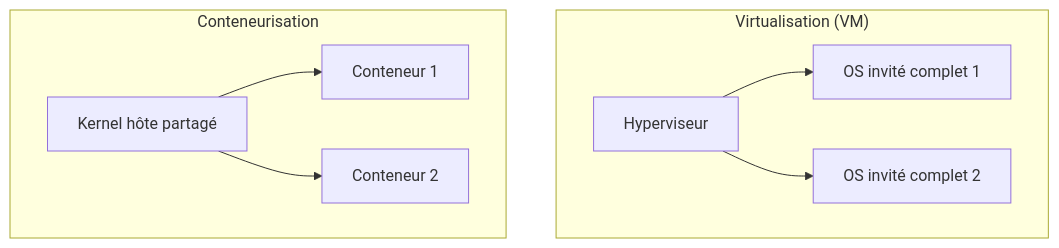
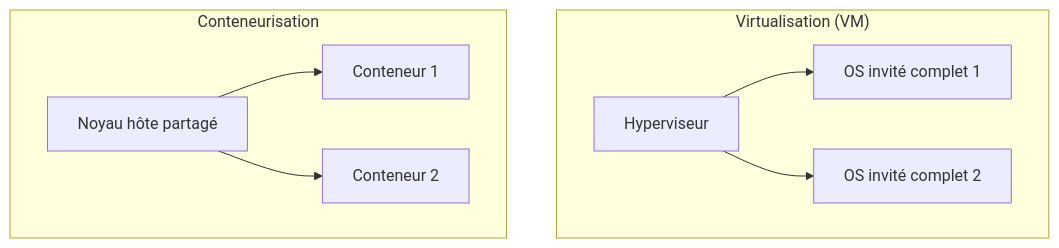
The diagram in content/courses/administration-si/04-virtualisation-conteneurs.md (AureDulvresse/nyx), drawn with Mermaid before and after one commit. The commit also changed other lines of this file and 167 other files, not shown here.

````diff
--- a/content/courses/administration-si/04-virtualisation-conteneurs.md
+++ b/content/courses/administration-si/04-virtualisation-conteneurs.md
@@ -21,11 +26,11 @@
 ```mermaid
-graph TD
+flowchart TD
     subgraph "Virtualisation (VM)"
-    H1[Hyperviseur] --> OS1[OS invité complet 1]
-    H1 --> OS2[OS invité complet 2]
+    H1["Hyperviseur"] --> OS1["OS invité complet 1"]
+    H1 --> OS2["OS invité complet 2"]
     end
     subgraph "Conteneurisation"
-    K[Kernel hôte partagé] --> C1[Conteneur 1]
-    K --> C2[Conteneur 2]
+    K["Noyau hôte partagé"] --> C1["Conteneur 1"]
+    K --> C2["Conteneur 2"]
     end
 ```
````
